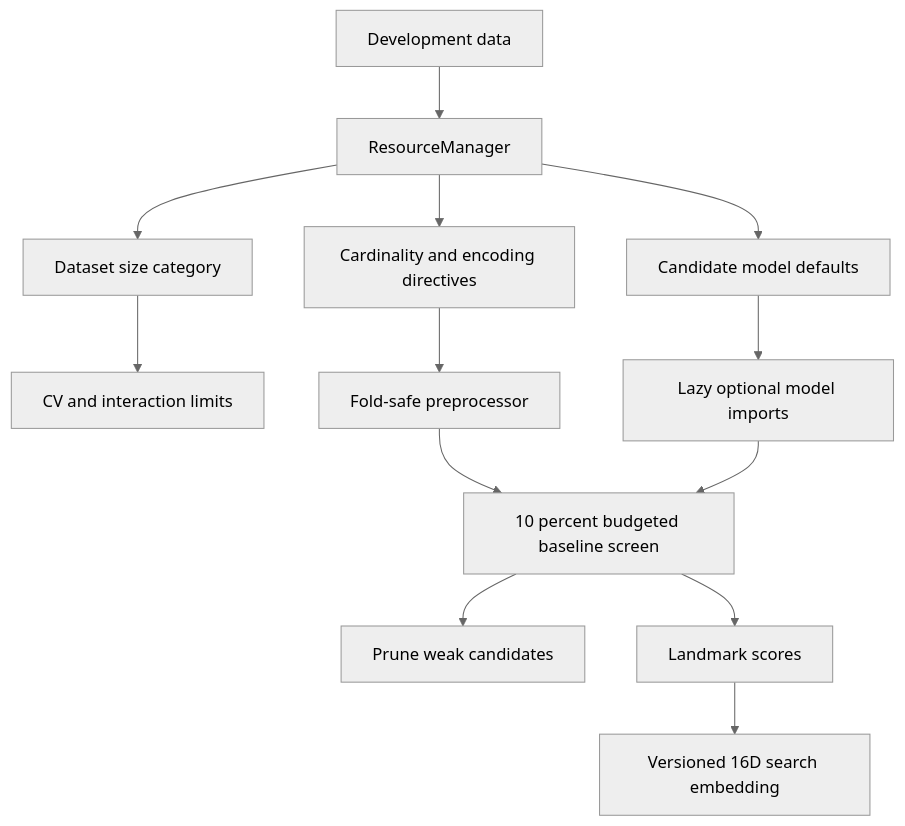
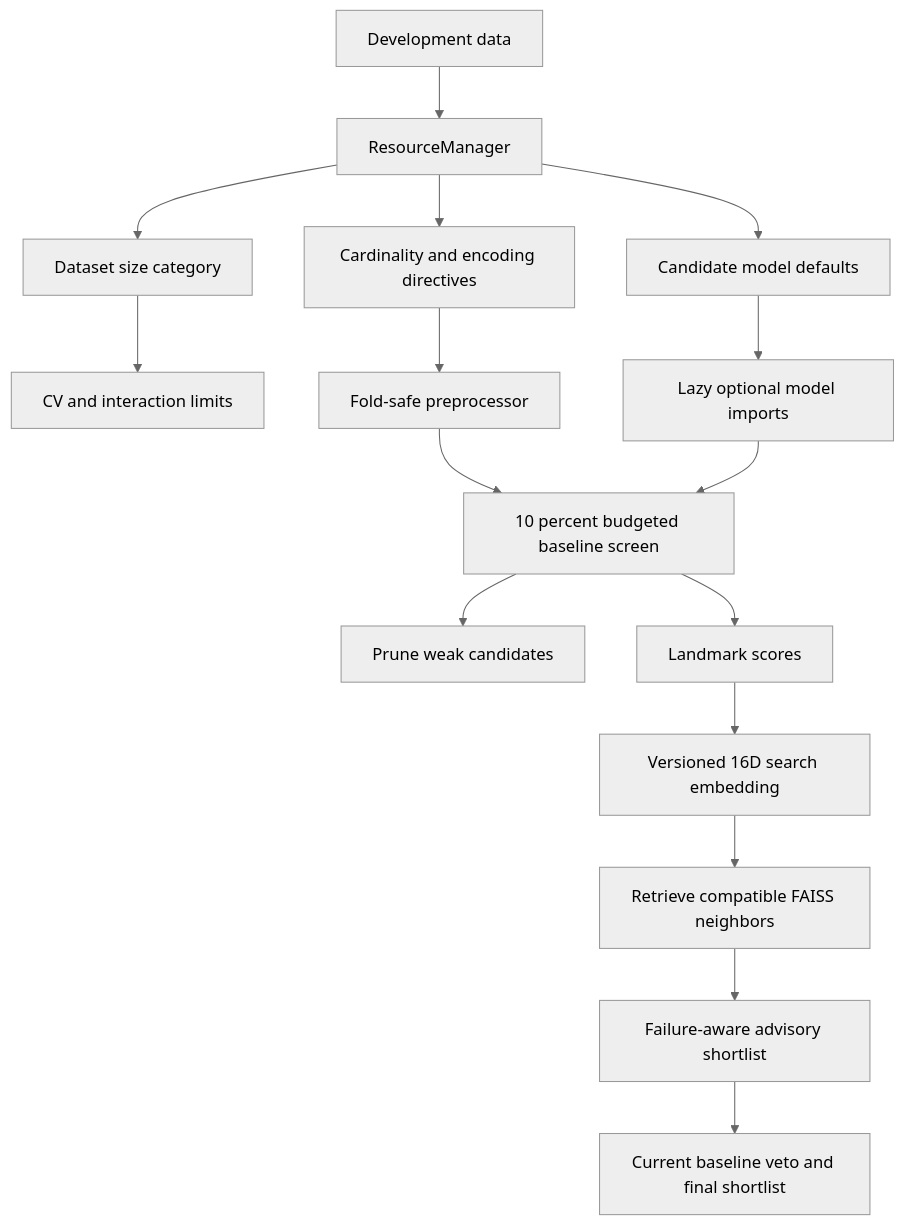
Before and after one commit to dineshmc1/AutoNexus: diagram 12 of 21 in understanding.md, drawn with Mermaid (neutral theme). The commit also changed other lines of this file and 80 other files, not shown here.

Commit message:
refactor: replace legacy AutoML pipeline components with new modular autonexus framework architecture

````diff
--- a/understanding.md
+++ b/understanding.md
@@ -308,15 +361,18 @@
 ```mermaid
 flowchart TD
     A[Development data] --> B[ResourceManager]
     B --> C[Dataset size category]
     B --> D[Cardinality and encoding directives]
     B --> E[Candidate model defaults]
     C --> F[CV and interaction limits]
     D --> G[Fold-safe preprocessor]
     E --> H[Lazy optional model imports]
     G --> I[10 percent budgeted baseline screen]
     H --> I
     I --> J[Prune weak candidates]
     I --> K[Landmark scores]
     K --> L[Versioned 16D search embedding]
+    L --> M[Retrieve compatible FAISS neighbors]
+    M --> N[Failure-aware advisory shortlist]
+    N --> O[Current baseline veto and final shortlist]
 ```
````
